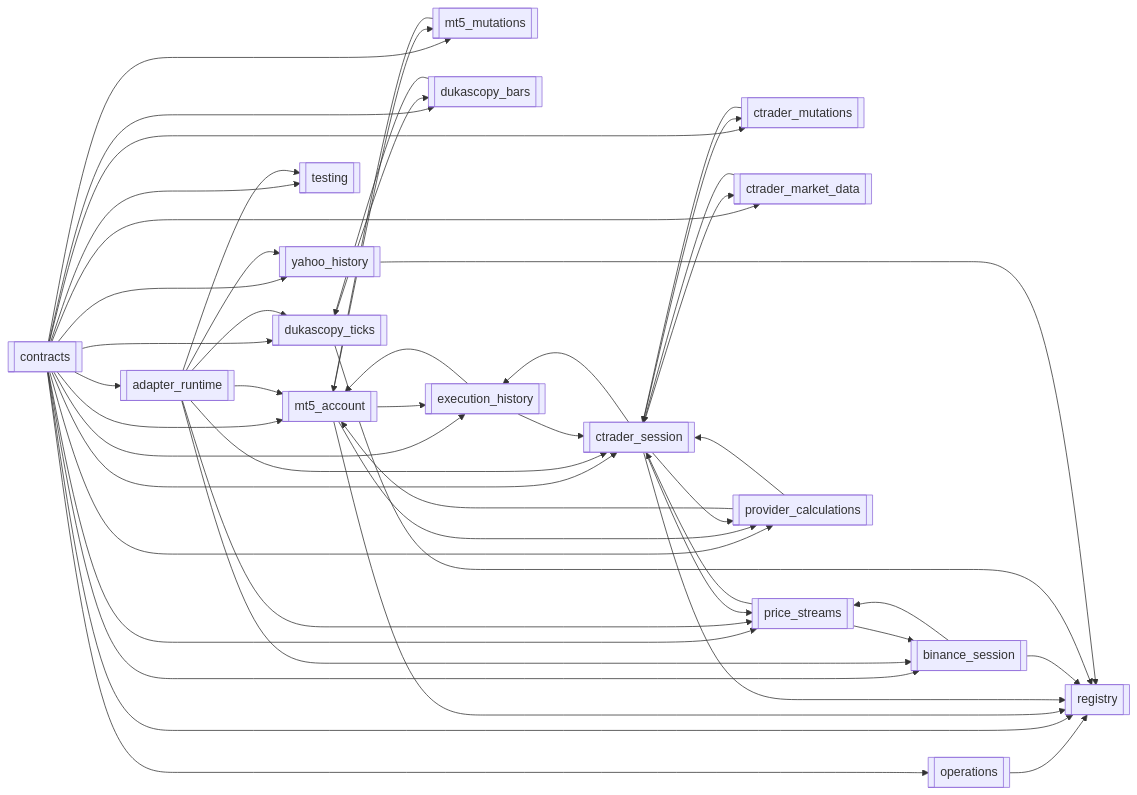
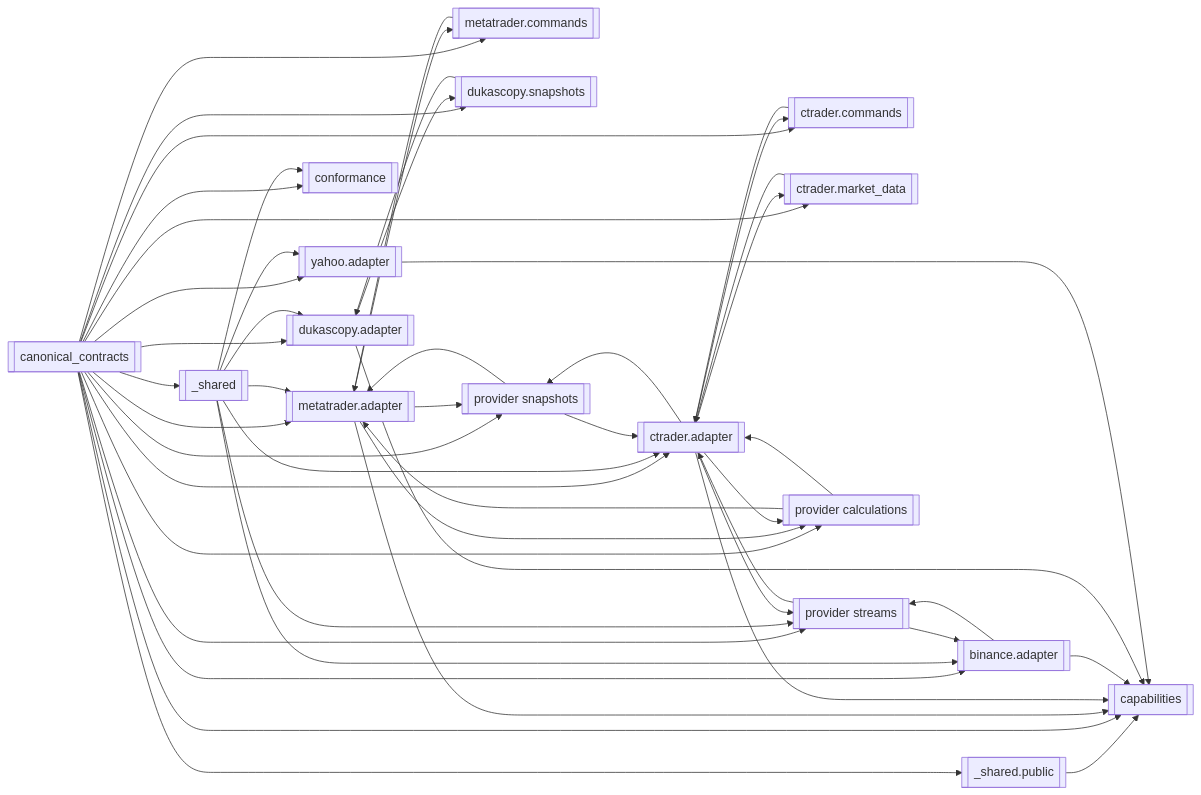
Before and after one commit to haruperi/HaruQuantAI: the second of 3 diagrams in app/services/brokers/README.md, drawn with Mermaid. The commit also changed other lines of this file and 291 other files, not shown here.

Commit message:
refactor brokers domain capabilities and conformance

````diff
--- a/app/services/brokers/README.md
+++ b/app/services/brokers/README.md
@@ -380,39 +360,39 @@
 ```mermaid
 flowchart LR
-    C[[contracts]]
-    RT[[adapter_runtime]]
-    OPS[[operations]]
-    R[[registry]]
-    M[[mt5_account]]
-    MM[[mt5_mutations]]
-    CT[[ctrader_session]]
-    CM[[ctrader_mutations]]
-    CMD[[ctrader_market_data]]
-    B[[binance_session]]
-    D[[dukascopy_ticks]]
-    DB[[dukascopy_bars]]
-    Y[[yahoo_history]]
-    EH[[execution_history]]
-    PS[[price_streams]]
-    PC[[provider_calculations]]
-    T[[testing]]
+    C[[canonical_contracts]]
+    RT[[_shared]]
+    OPS[[_shared.public]]
+    R[[capabilities]]
+    M[[metatrader.adapter]]
+    MM[[metatrader.commands]]
+    CT[[ctrader.adapter]]
+    CM[[ctrader.commands]]
+    CMD[[ctrader.market_data]]
+    B[[binance.adapter]]
+    D[[dukascopy.adapter]]
+    DB[[dukascopy.snapshots]]
+    Y[[yahoo.adapter]]
+    EH[[provider snapshots]]
+    PS[[provider streams]]
+    PC[[provider calculations]]
+    T[[conformance]]
 
     C --> OPS
     C --> RT
     C --> M & MM & CT & CM & CMD
     C --> B & D & DB & Y
     C --> EH & PS & PC & T
     RT --> M & CT & B & D & Y
     RT --> PS & T
     M --> MM & EH & PC
     CT --> CM & CMD & EH & PS & PC
     B --> PS
     D --> DB
     MM & EH & PC --> M
     CM & CMD & EH & PS & PC --> CT
     PS --> B
     DB --> D
     OPS --> R
     C --> R
     M & CT & B & D & Y --> R
 ```
````
